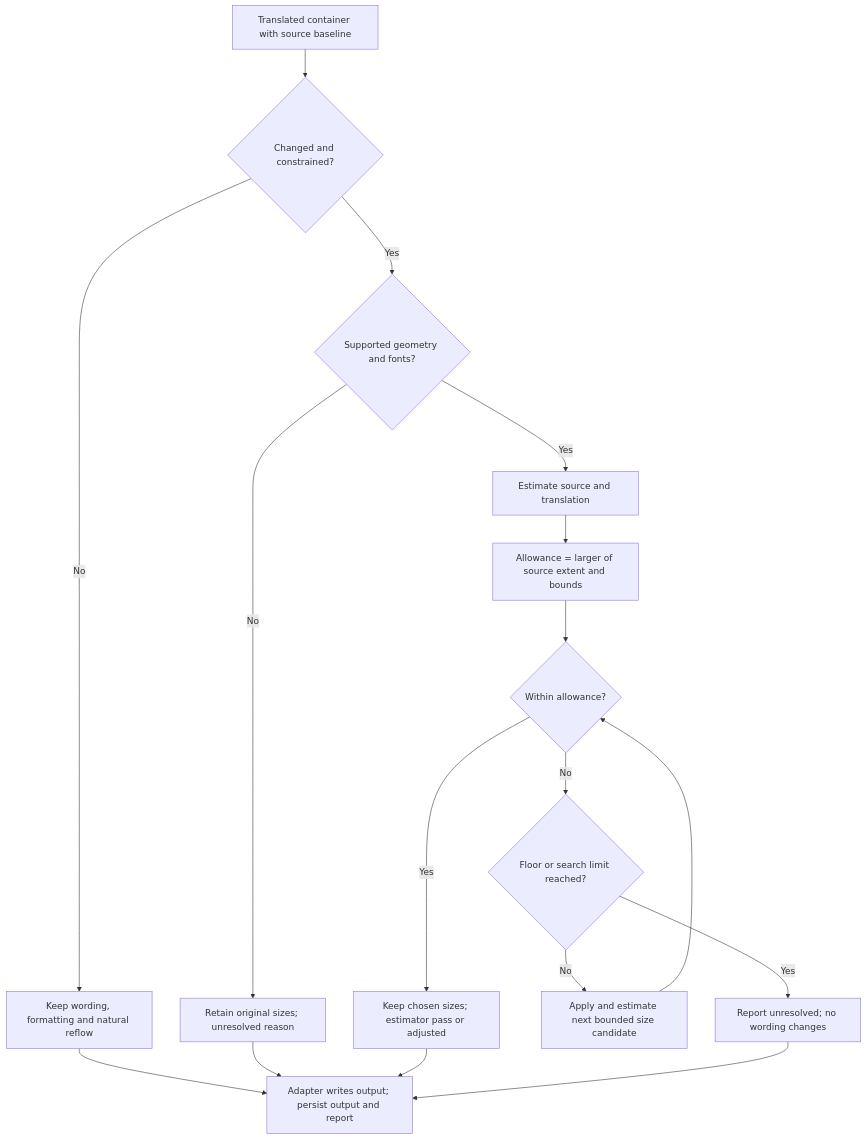
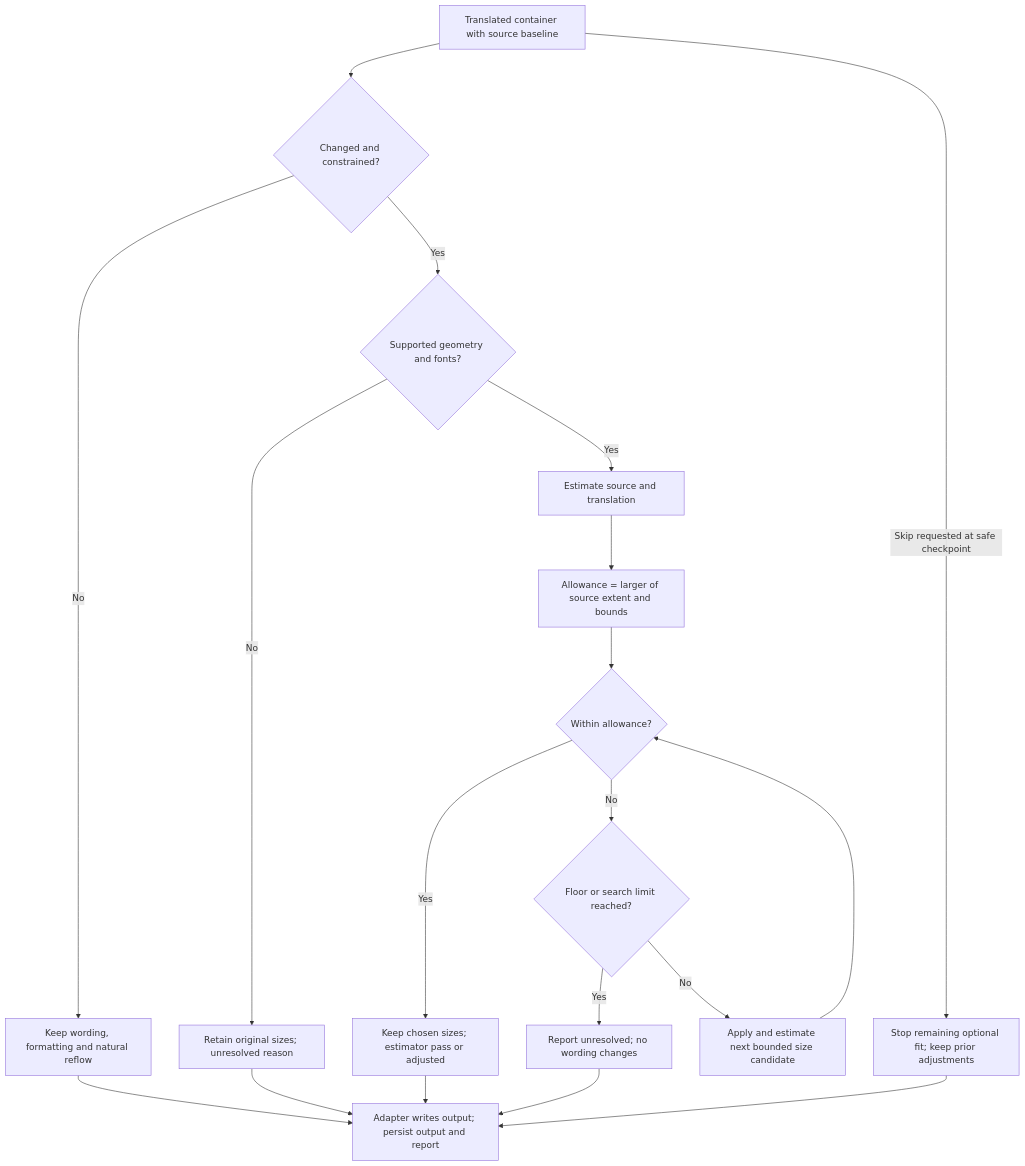
One commit to mlei06/document-translator changed diagram 12 of 18 in docs/Architecture.md. Above: the diagram before and after it, drawn with Mermaid. The commit also changed other lines of this file and 9 other files, not shown here.

Commit message:
docs: simplify fit display and plan cooperative skip

````diff
--- a/docs/Architecture.md
+++ b/docs/Architecture.md
@@ -427,19 +432,21 @@
 ```mermaid
 flowchart TD
     INPUT["Translated container with source baseline"] --> NEED{"Changed and constrained?"}
+    INPUT -->|Skip requested at safe checkpoint| SKIP["Stop remaining optional fit; keep prior adjustments"]
     NEED -->|No| KEEP["Keep wording, formatting and natural reflow"]
     NEED -->|Yes| SUPPORT{"Supported geometry and fonts?"}
     SUPPORT -->|No| UNKNOWN["Retain original sizes; unresolved reason"]
     SUPPORT -->|Yes| MEASURE["Estimate source and translation"]
     MEASURE --> ALLOW["Allowance = larger of source extent and bounds"]
     ALLOW --> FIT{"Within allowance?"}
     FIT -->|Yes| DONE["Keep chosen sizes; estimator pass or adjusted"]
     FIT -->|No| LIMIT{"Floor or search limit reached?"}
     LIMIT -->|No| SHRINK["Apply and estimate next bounded size candidate"]
     SHRINK --> FIT
     LIMIT -->|Yes| ISSUE["Report unresolved; no wording changes"]
     KEEP --> WRITE["Adapter writes output; persist output and report"]
     UNKNOWN --> WRITE
     DONE --> WRITE
     ISSUE --> WRITE
+    SKIP --> WRITE
 ```
````
